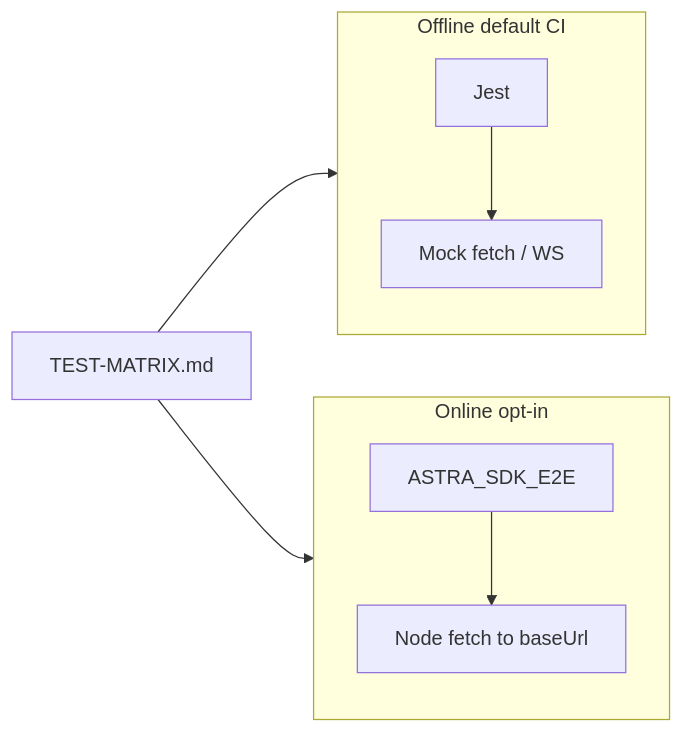
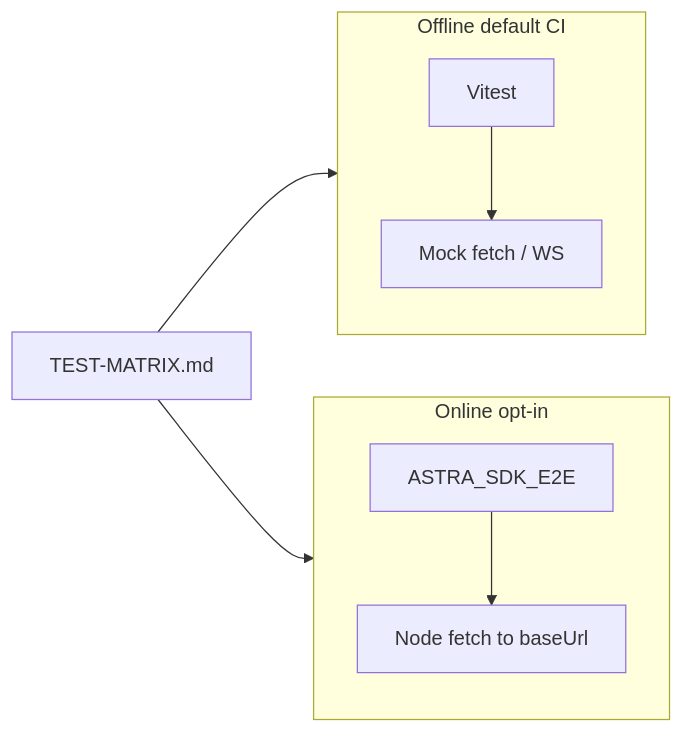
One commit to XuPeng-SH/Astra changed the diagram in packages/sdk/TEST-MATRIX.md. Above: the diagram before and after it, drawn with Mermaid. The commit also changed other lines of this file and 255 other files, not shown here.

````diff
--- a/packages/sdk/TEST-MATRIX.md
+++ b/packages/sdk/TEST-MATRIX.md
@@ -75,16 +75,16 @@
 ```mermaid
 flowchart LR
   subgraph offline [Offline default CI]
-    Jest[Jest]
+    Vitest[Vitest]
     Mock[Mock fetch / WS]
-    Jest --> Mock
+    Vitest --> Mock
   end
   subgraph onlineG [Online opt-in]
     Env[ASTRA_SDK_E2E]
     Real[Node fetch to baseUrl]
     Env --> Real
   end
   MatrixDoc[TEST-MATRIX.md]
   MatrixDoc --> offline
   MatrixDoc --> onlineG
 ```
````
